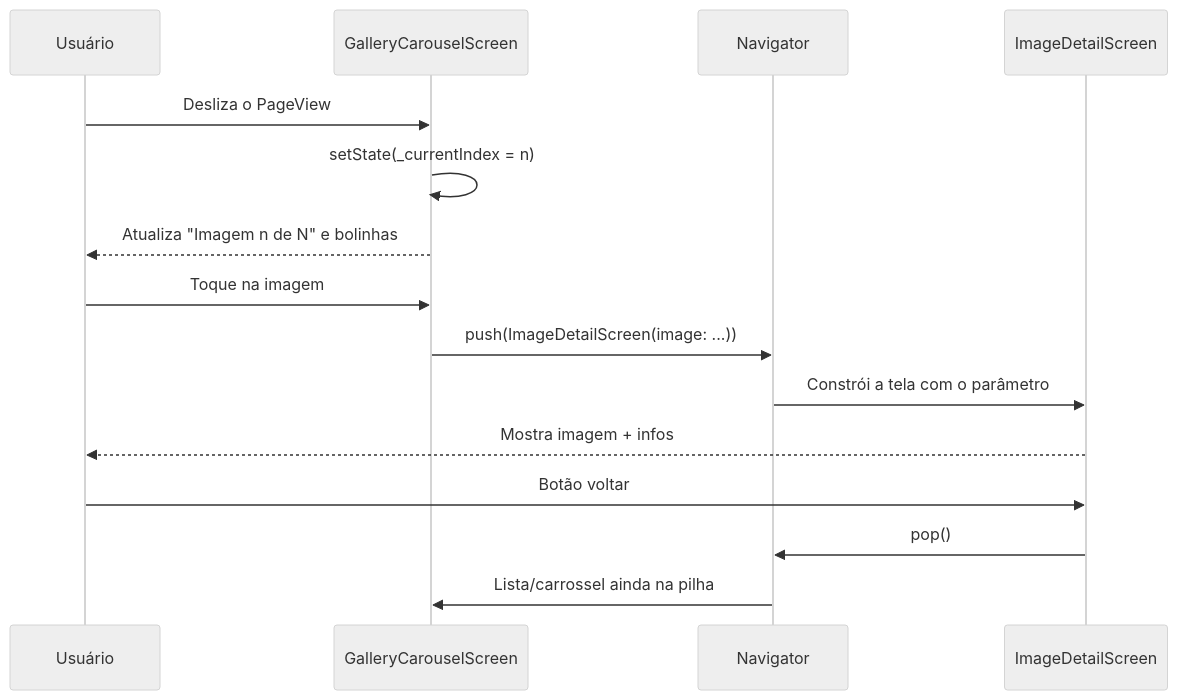
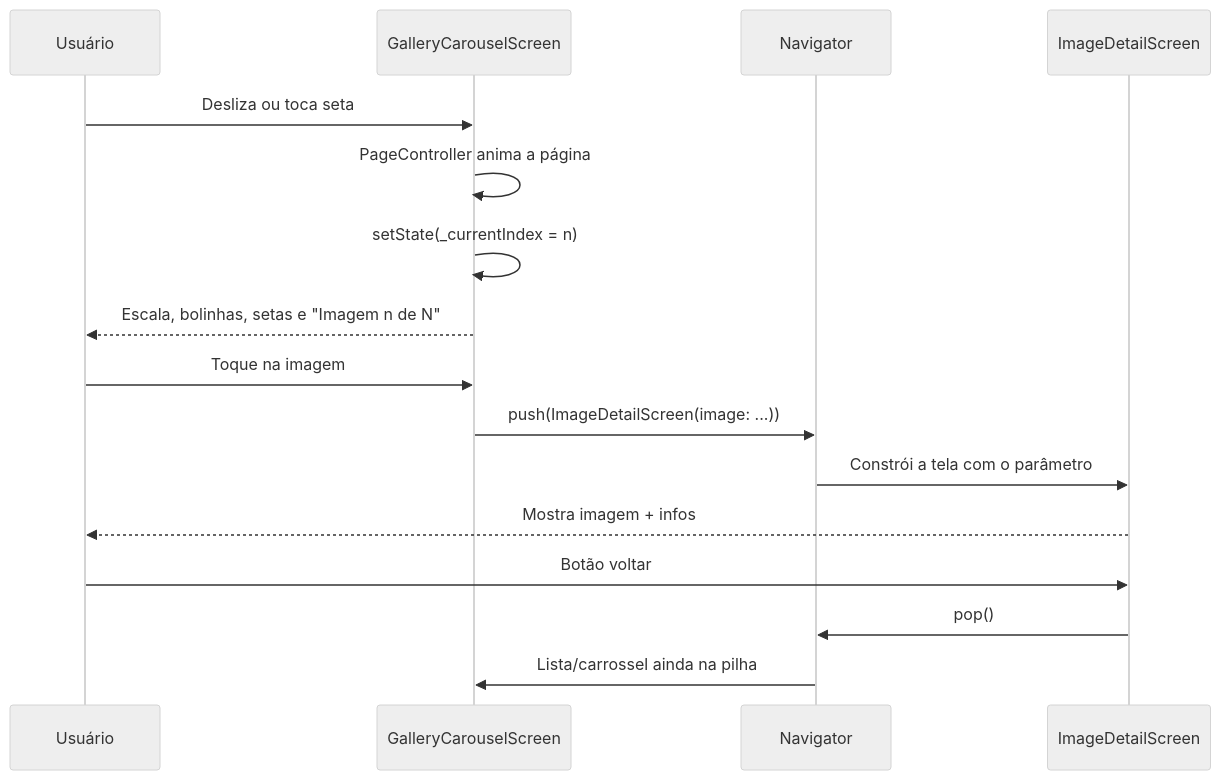
One commit to NicoFritzen/pdm2 changed the second of 2 diagrams in desafio_1_carrossel/docs/galeria-inteligente.md. Above: the diagram before and after it, drawn with Mermaid (neutral theme). The commit also changed other lines of this file and 10 other files, not shown here.

````diff
--- a/desafio_1_carrossel/docs/galeria-inteligente.md
+++ b/desafio_1_carrossel/docs/galeria-inteligente.md
@@ -69,20 +113,21 @@
 ```mermaid
 sequenceDiagram
   participant U as Usuário
   participant C as GalleryCarouselScreen
   participant N as Navigator
   participant D as ImageDetailScreen
 
-  U->>C: Desliza o PageView
+  U->>C: Desliza ou toca seta
+  C->>C: PageController anima a página
   C->>C: setState(_currentIndex = n)
-  C-->>U: Atualiza "Imagem n de N" e bolinhas
+  C-->>U: Escala, bolinhas, setas e "Imagem n de N"
 
   U->>C: Toque na imagem
   C->>N: push(ImageDetailScreen(image: ...))
   N->>D: Constrói a tela com o parâmetro
   D-->>U: Mostra imagem + infos
 
   U->>D: Botão voltar
   D->>N: pop()
   N->>C: Lista/carrossel ainda na pilha
 ```
````
